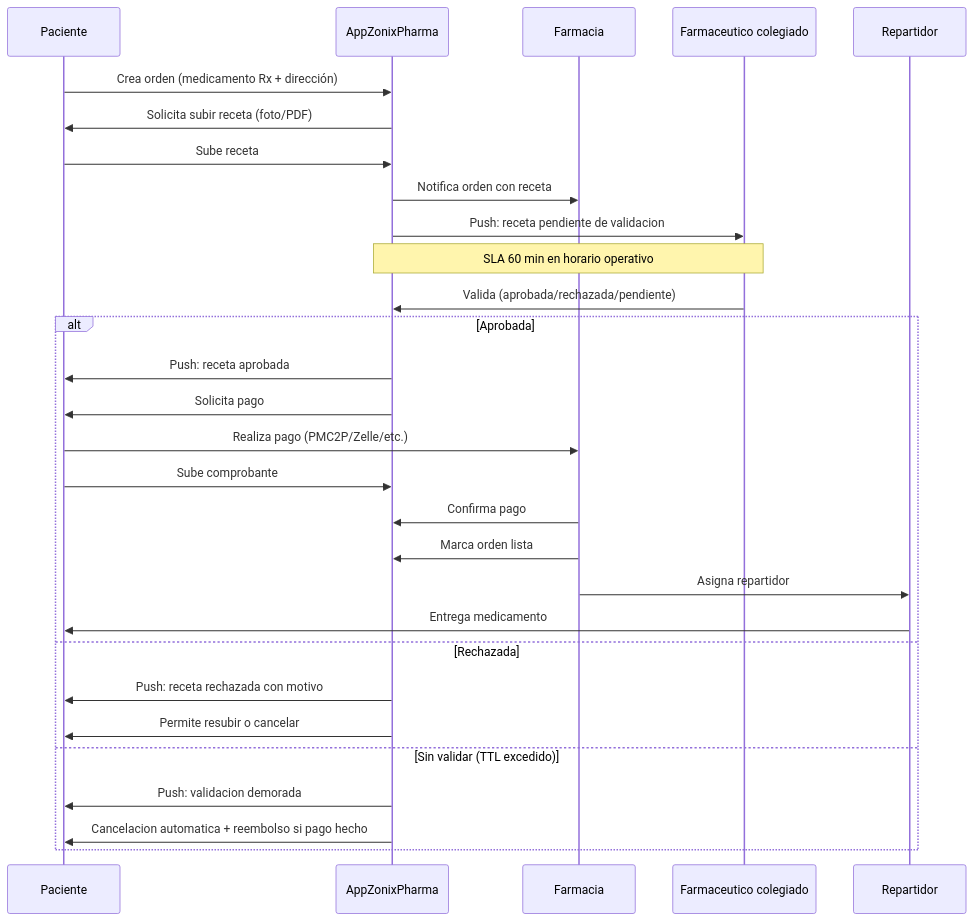
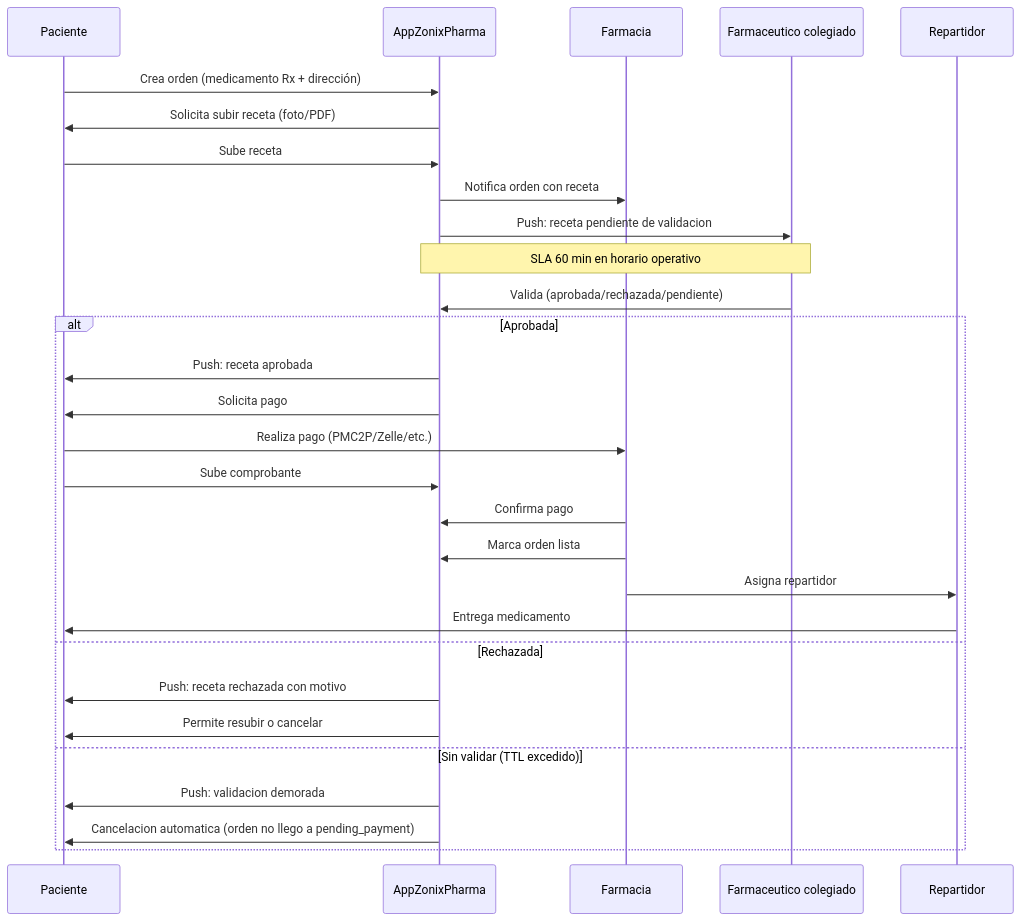
Before and after one commit to Abrahan-Eagle/ZonixPharma-Backend: the diagram in docs/Lanzamiento/PLAN_MODULO_OPERATIVO_CLAVE.md, drawn with Mermaid. The commit also changed other lines of this file and 98 other files, not shown here.

````diff
--- a/docs/Lanzamiento/PLAN_MODULO_OPERATIVO_CLAVE.md
+++ b/docs/Lanzamiento/PLAN_MODULO_OPERATIVO_CLAVE.md
@@ -58,33 +60,33 @@
 ```mermaid
 sequenceDiagram
     participant P as Paciente
     participant Z as AppZonixPharma
     participant F as Farmacia
     participant Ph as Farmaceutico colegiado
     participant R as Repartidor
 
     P->>Z: Crea orden (medicamento Rx + dirección)
     Z->>P: Solicita subir receta (foto/PDF)
     P->>Z: Sube receta
     Z->>F: Notifica orden con receta
     Z->>Ph: Push: receta pendiente de validacion
     Note over Ph,Z: SLA 60 min en horario operativo
     Ph->>Z: Valida (aprobada/rechazada/pendiente)
 
     alt Aprobada
         Z->>P: Push: receta aprobada
         Z->>P: Solicita pago
         P->>F: Realiza pago (PMC2P/Zelle/etc.)
         P->>Z: Sube comprobante
         F->>Z: Confirma pago
         F->>Z: Marca orden lista
         F->>R: Asigna repartidor
         R->>P: Entrega medicamento
     else Rechazada
         Z->>P: Push: receta rechazada con motivo
         Z->>P: Permite resubir o cancelar
     else Sin validar (TTL excedido)
         Z->>P: Push: validacion demorada
-        Z->>P: Cancelacion automatica + reembolso si pago hecho
+        Z->>P: Cancelacion automatica (orden no llego a pending_payment)
     end
 ```
````
